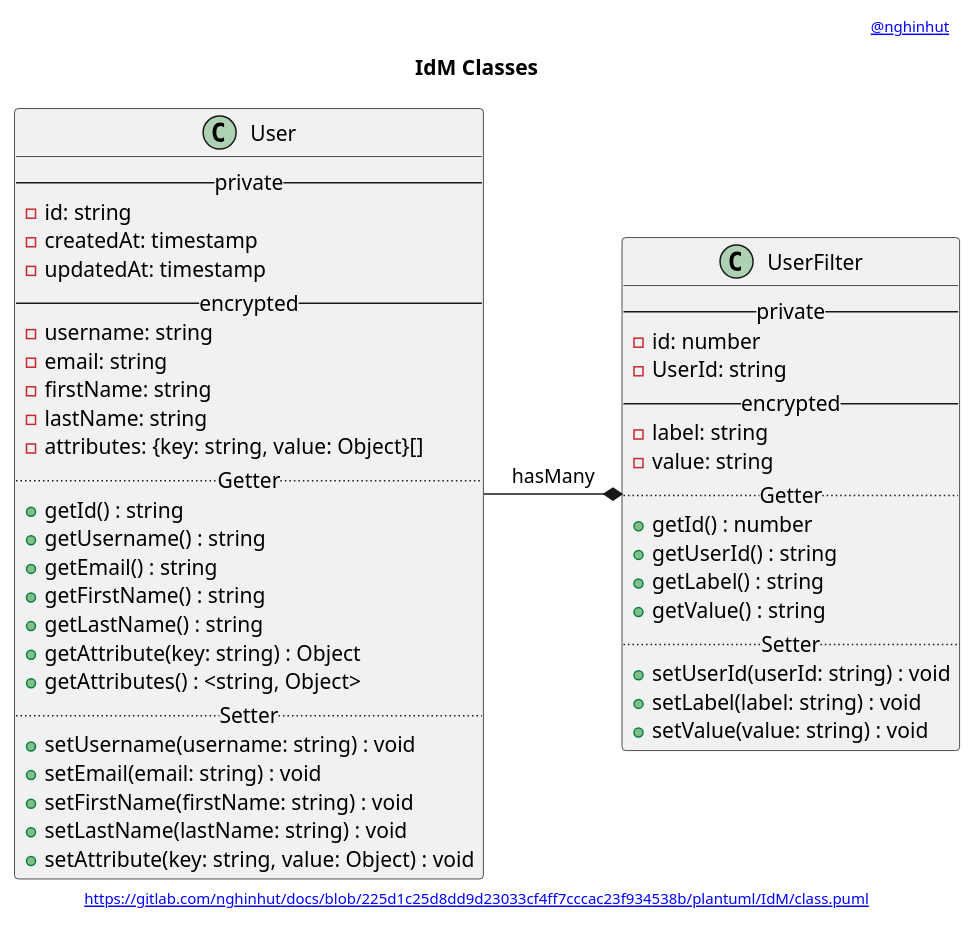
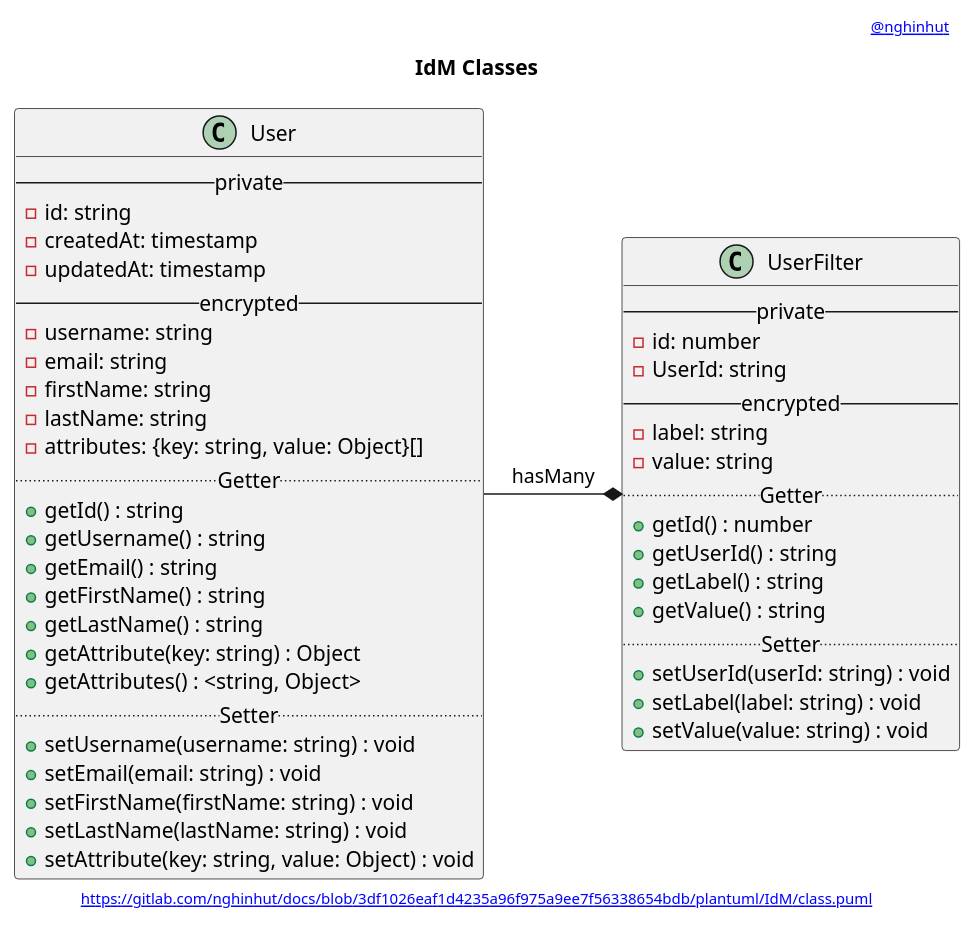
Before and after one commit to nghinhut/docs: the diagram in plantuml/IdM/class.puml, drawn with PlantUML. The commit also changed 24 other files, not shown here.

Commit message:
docs(plantuml): update header

```diff
--- a/plantuml/IdM/class.puml
+++ b/plantuml/IdM/class.puml
@@ -1,56 +1,56 @@
 @startuml
 '-----START auto generated metadata please keep comment here to allow auto update-----
 '-----DON'T EDIT THIS SECTION, INSTEAD RE-RUN prebuild.sh TO UPDATE-----
-header [[https://www.nghinhut.dev?from=http%5C%3A%5C%2F%5C%2Fwww%5C.plantuml%5C.com%5C%2Fplantuml%5C%2Fproxy%3Ffmt%3Dsvg%5C%26src%3Dhttps%5C%3A%5C%2F%5C%2Fgitlab%5C.com%5C%2Fnghinhut%5C%2Fdocs%5C%2Fraw%5C%2F225d1c25d8dd9d23033cf4ff7cccac23f934538b%5C%2Fplantuml%5C%2FIdM%5C%2Fclass%5C.puml%0A @nghinhut]]
-footer [[http://www.plantuml.com/plantuml/proxy?fmt=svg&src=https://gitlab.com/nghinhut/docs/raw/225d1c25d8dd9d23033cf4ff7cccac23f934538b/plantuml/IdM/class.puml https://gitlab.com/nghinhut/docs/blob/225d1c25d8dd9d23033cf4ff7cccac23f934538b/plantuml/IdM/class.puml]]
+header [[https://www.nghinhut.dev?from=http%5C%3A%5C%2F%5C%2Fwww%5C.plantuml%5C.com%5C%2Fplantuml%5C%2Fproxy%3Ffmt%3Dsvg%5C%26src%3Dhttps%5C%3A%5C%2F%5C%2Fgitlab%5C.com%5C%2Fnghinhut%5C%2Fdocs%5C%2Fraw%5C%2F3df1026eaf1d4235a96f975a9ee7f56338654bdb%5C%2Fplantuml%5C%2FIdM%5C%2Fclass%5C.puml%0A @nghinhut]]
+footer [[http://www.plantuml.com/plantuml/proxy?fmt=svg&src=https://gitlab.com/nghinhut/docs/raw/3df1026eaf1d4235a96f975a9ee7f56338654bdb/plantuml/IdM/class.puml https://gitlab.com/nghinhut/docs/blob/3df1026eaf1d4235a96f975a9ee7f56338654bdb/plantuml/IdM/class.puml]]
 '-----END auto generated metadata please keep comment here to allow auto update-----
 title IdM Classes
 
 class "User" as user {
     -- private --
     - id: string
     - createdAt: timestamp
     - updatedAt: timestamp
     -- encrypted --
     - username: string
     - email: string
     - firstName: string
     - lastName: string
     - attributes: {key: string, value: Object}[]
     .. Getter ..
     + getId() : string
     + getUsername() : string
     + getEmail() : string
     + getFirstName() : string
     + getLastName() : string
     + getAttribute(key: string) : Object
     + getAttributes() : <string, Object>
     .. Setter ..
     + setUsername(username: string) : void
     + setEmail(email: string) : void
     + setFirstName(firstName: string) : void
     + setLastName(lastName: string) : void
     + setAttribute(key: string, value: Object) : void
 }
 
 class "UserFilter" as user_filter {
     -- private --
     - id: number
     - UserId: string
     -- encrypted --
     - label: string
     - value: string
     .. Getter ..
     + getId() : number
     + getUserId() : string
     + getLabel() : string
     + getValue() : string
     .. Setter ..
     + setUserId(userId: string) : void
     + setLabel(label: string) : void
     + setValue(value: string) : void
 }
 
 user -* user_filter : hasMany
 
 @enduml
```
